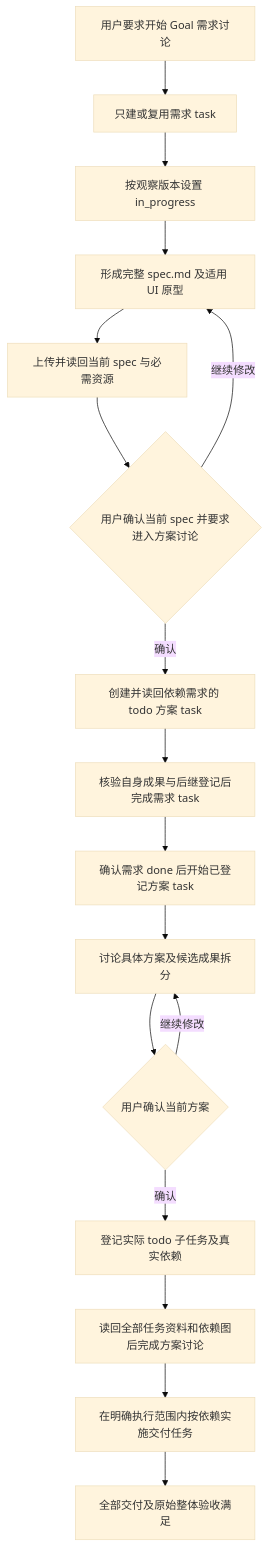
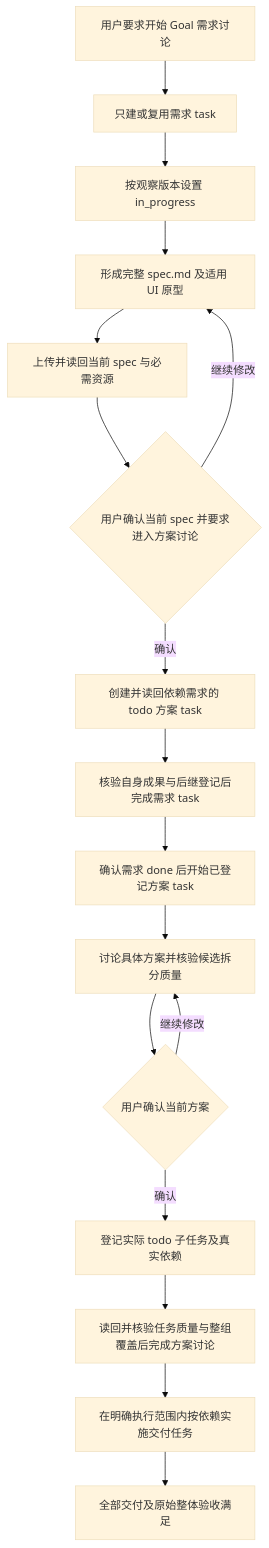
Before and after one commit to codetreker/daynight: the diagram in docs/design/daynight-goal-workflow.md, drawn with Mermaid (base theme). The commit also changed other lines of this file and 8 other files, not shown here.

````diff
--- a/docs/design/daynight-goal-workflow.md
+++ b/docs/design/daynight-goal-workflow.md
@@ -66,19 +66,19 @@
 ```mermaid
 flowchart TD
     A[用户要求开始 Goal 需求讨论] --> B[只建或复用需求 task]
     B --> C[按观察版本设置 in_progress]
     C --> D[形成完整 spec.md 及适用 UI 原型]
     D --> R[上传并读回当前 spec 与必需资源]
     R --> E{用户确认当前 spec 并要求进入方案讨论}
     E -->|继续修改| D
     E -->|确认| N[创建并读回依赖需求的 todo 方案 task]
     N --> F[核验自身成果与后继登记后完成需求 task]
     F --> G[确认需求 done 后开始已登记方案 task]
-    G --> H[讨论具体方案及候选成果拆分]
+    G --> H[讨论具体方案并核验候选拆分质量]
     H --> I{用户确认当前方案}
     I -->|继续修改| H
     I -->|确认| J[登记实际 todo 子任务及真实依赖]
-    J --> K[读回全部任务资料和依赖图后完成方案讨论]
+    J --> K[读回并核验任务质量与整组覆盖后完成方案讨论]
     K --> L[在明确执行范围内按依赖实施交付任务]
     L --> M[全部交付及原始整体验收满足]
 ```
````
